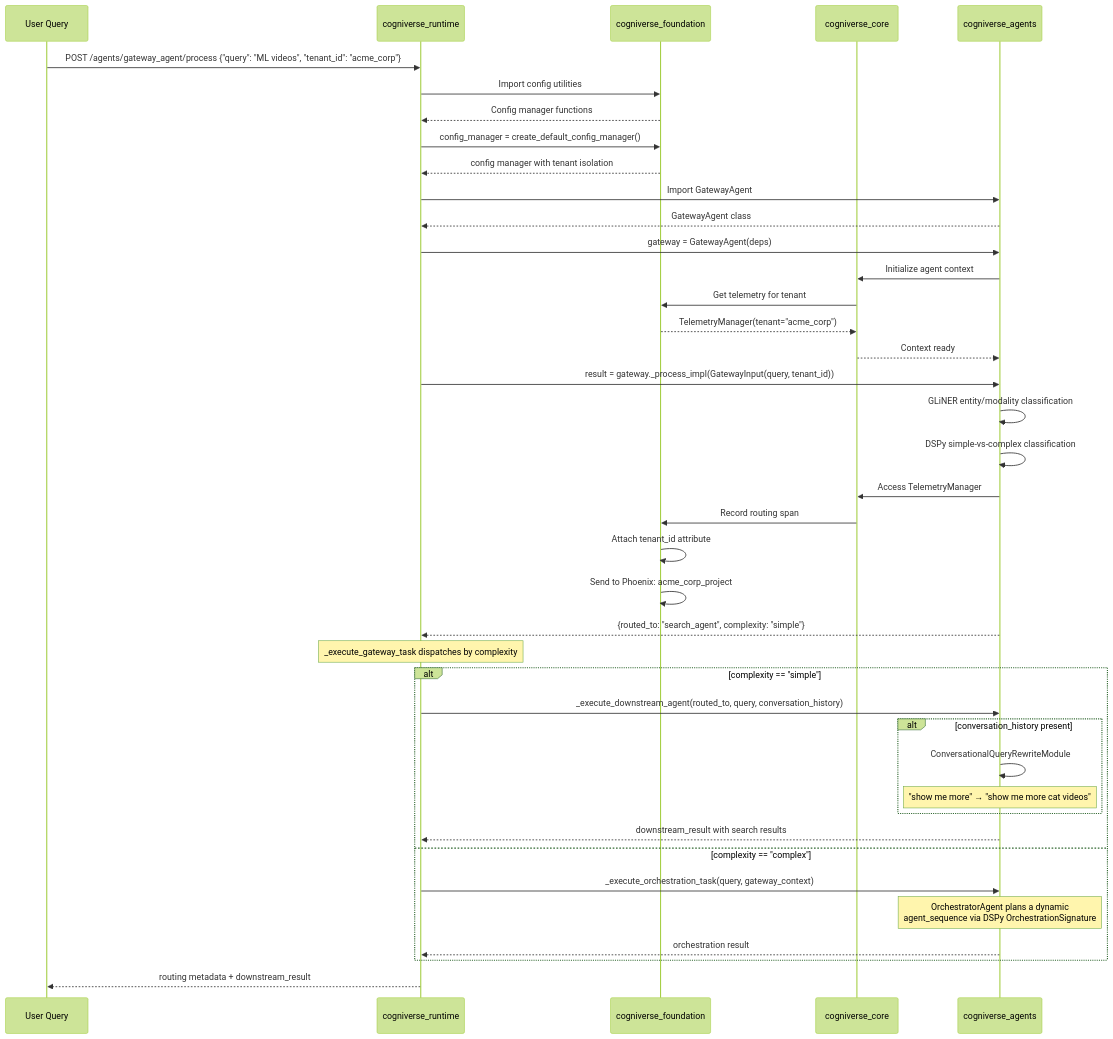
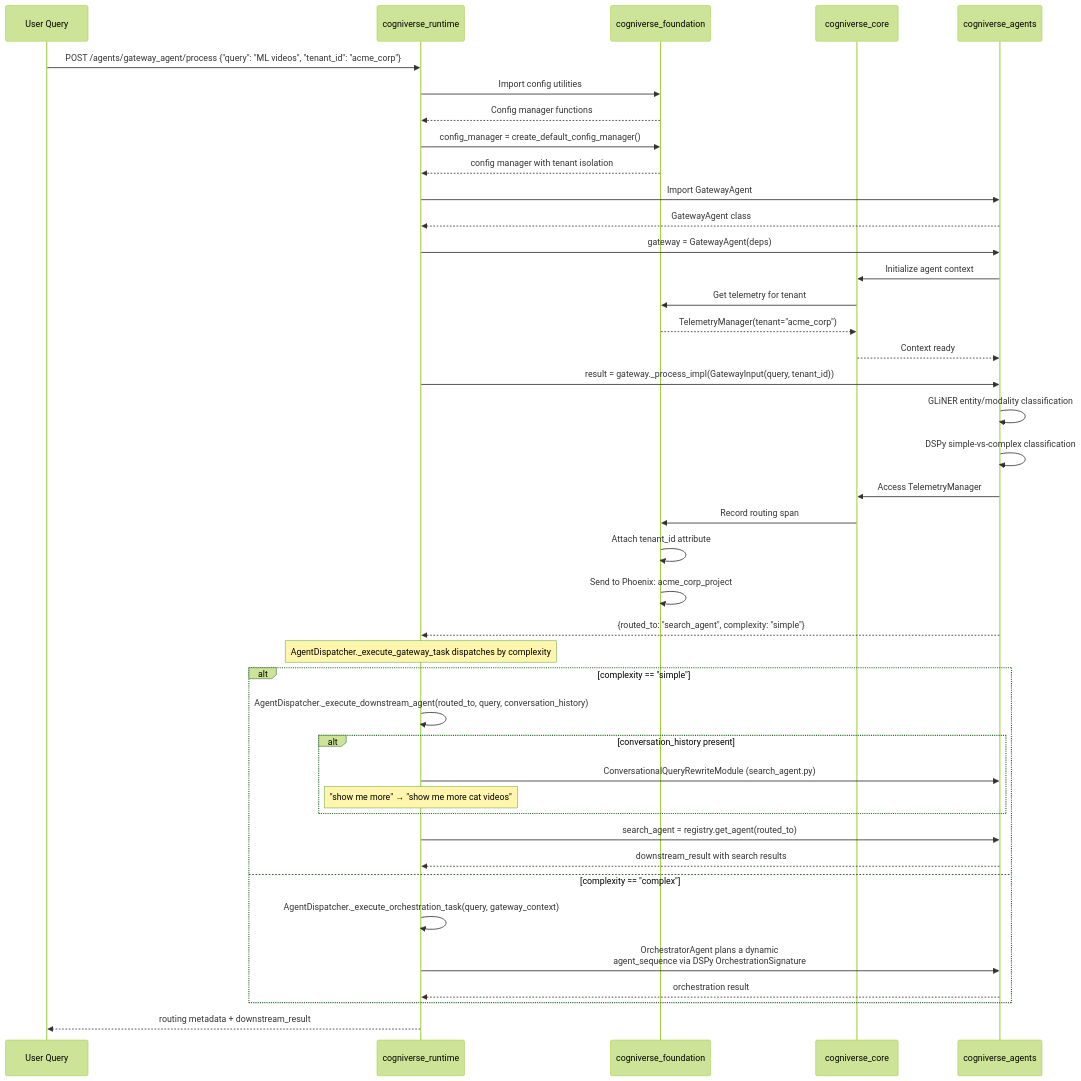
One commit to amit-jain/cogniverse changed diagram 17 of 27 in docs/diagrams/sdk-architecture-diagrams.md. Above: the diagram before and after it, drawn with Mermaid (forest theme). The commit also changed other lines of this file and 50 other files, not shown here.

First line of the commit message:
Complete and verify docs against code with mermaid palette

````diff
--- a/docs/diagrams/sdk-architecture-diagrams.md
+++ b/docs/diagrams/sdk-architecture-diagrams.md
@@ -549,55 +1050,56 @@
 ```mermaid
 sequenceDiagram
     participant User as User Query
     participant Runtime as cogniverse_runtime
     participant Foundation as cogniverse_foundation
     participant Core as cogniverse_core
     participant Agents as cogniverse_agents
 
     User->>Runtime: POST /agents/gateway_agent/process {"query": "ML videos", "tenant_id": "acme_corp"}
 
     Runtime->>Foundation: Import config utilities
     Foundation-->>Runtime: Config manager functions
 
     Runtime->>Foundation: config_manager = create_default_config_manager()
     Foundation-->>Runtime: config manager with tenant isolation
 
     Runtime->>Agents: Import GatewayAgent
     Agents-->>Runtime: GatewayAgent class
 
     Runtime->>Agents: gateway = GatewayAgent(deps)
     Agents->>Core: Initialize agent context
     Core->>Foundation: Get telemetry for tenant
     Foundation-->>Core: TelemetryManager(tenant="acme_corp")
     Core-->>Agents: Context ready
 
     Runtime->>Agents: result = gateway._process_impl(GatewayInput(query, tenant_id))
     Agents->>Agents: GLiNER entity/modality classification
     Agents->>Agents: DSPy simple-vs-complex classification
 
     Agents->>Core: Access TelemetryManager
     Core->>Foundation: Record routing span
     Foundation->>Foundation: Attach tenant_id attribute
     Foundation->>Foundation: Send to Phoenix: acme_corp_project
 
     Agents-->>Runtime: {routed_to: "search_agent", complexity: "simple"}
 
-    Note over Runtime: _execute_gateway_task dispatches by complexity
+    Note over Runtime: AgentDispatcher._execute_gateway_task dispatches by complexity
 
     alt complexity == "simple"
-        Runtime->>Agents: _execute_downstream_agent(routed_to, query, conversation_history)
+        Runtime->>Runtime: AgentDispatcher._execute_downstream_agent(routed_to, query, conversation_history)
 
         alt conversation_history present
-            Agents->>Agents: ConversationalQueryRewriteModule
-            Note over Agents: "show me more" → "show me more cat videos"
+            Runtime->>Agents: ConversationalQueryRewriteModule (search_agent.py)
+            Note over Runtime: "show me more" → "show me more cat videos"
         end
 
+        Runtime->>Agents: search_agent = registry.get_agent(routed_to)
         Agents-->>Runtime: downstream_result with search results
     else complexity == "complex"
-        Runtime->>Agents: _execute_orchestration_task(query, gateway_context)
-        Note over Agents: OrchestratorAgent plans a dynamic<br/>agent_sequence via DSPy OrchestrationSignature
+        Runtime->>Runtime: AgentDispatcher._execute_orchestration_task(query, gateway_context)
+        Runtime->>Agents: OrchestratorAgent plans a dynamic<br/>agent_sequence via DSPy OrchestrationSignature
         Agents-->>Runtime: orchestration result
     end
 
     Runtime-->>User: routing metadata + downstream_result
 ```
````
